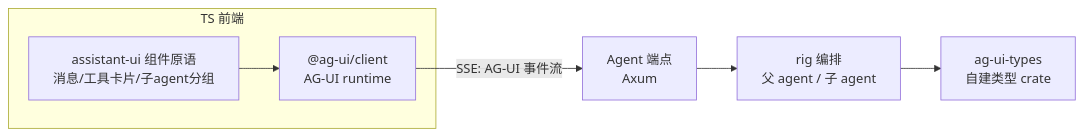
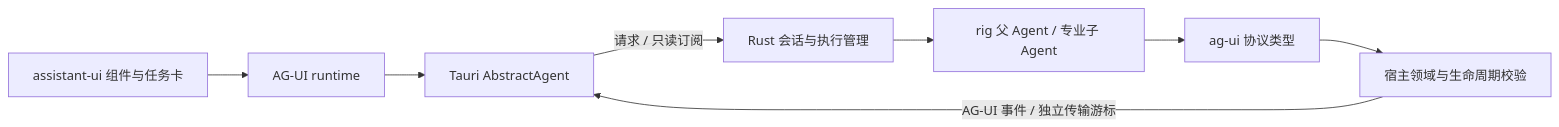
The diagram in docs/research/ag-ui-adoption.md (yexiyue/castglean), drawn with Mermaid before and after one commit. The commit also changed other lines of this file and 321 other files, not shown here.

````diff
--- a/docs/research/ag-ui-adoption.md
+++ b/docs/research/ag-ui-adoption.md
@@ -104,11 +83,10 @@
 ```mermaid
-graph LR
-    subgraph TS 前端
-        A[assistant-ui 组件原语<br/>消息/工具卡片/子agent分组]
-        B["@ag-ui/client<br/>AG-UI runtime"]
-        A --> B
-    end
-    B -->|"SSE: AG-UI 事件流"| C[Agent 端点<br/>Axum]
-    C --> D[rig 编排<br/>父 agent / 子 agent]
-    D --> E[ag-ui-types<br/>自建类型 crate]
+flowchart LR
+    UI[assistant-ui 组件与任务卡] --> R[AG-UI runtime]
+    R --> T[Tauri AbstractAgent]
+    T -->|请求 / 只读订阅| H[Rust 会话与执行管理]
+    H --> A[rig 父 Agent / 专业子 Agent]
+    A --> E[ag-ui 协议类型]
+    E --> V[宿主领域与生命周期校验]
+    V -->|AG-UI 事件 / 独立传输游标| T
 ```
````
